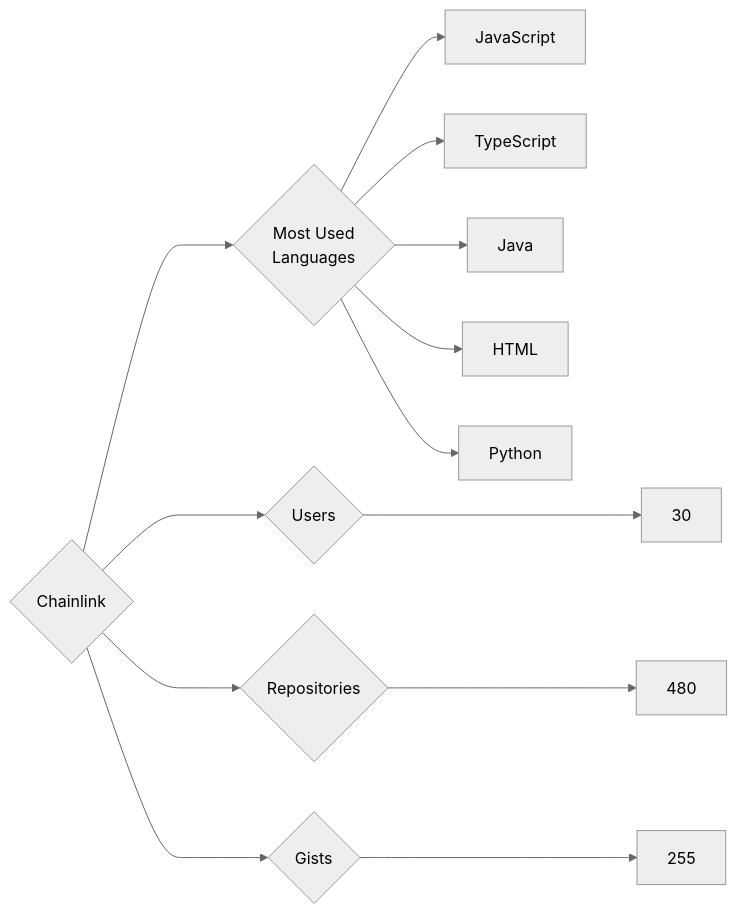
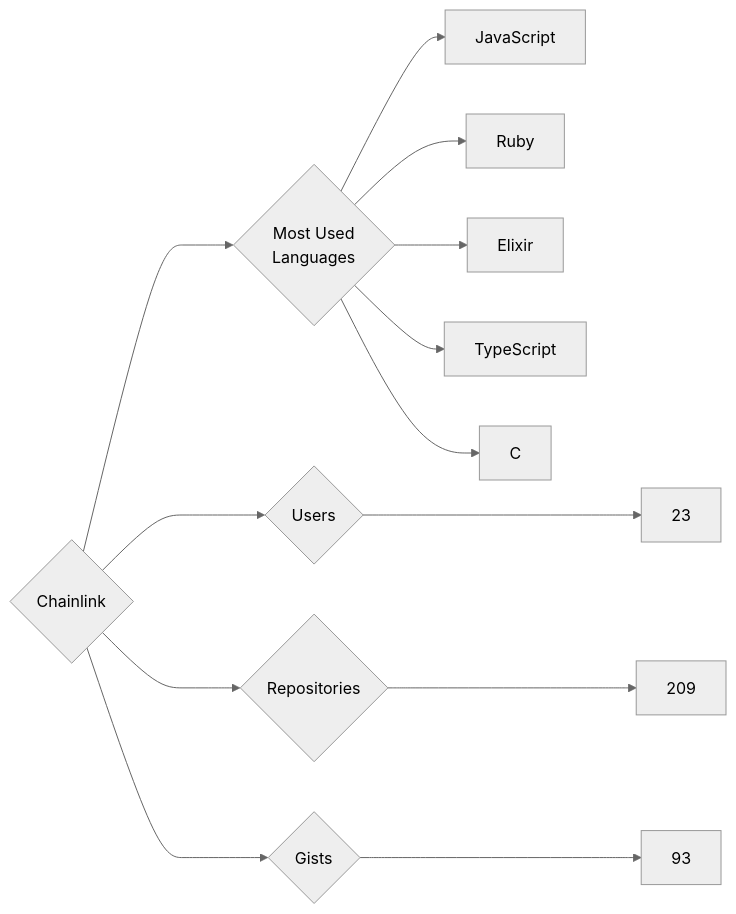
Before and after one commit to trickest/insiders: the diagram in targets/Chainlink/README.md, drawn with Mermaid (neutral theme). The commit also changed 927 other files, not shown here.

````diff
--- a/targets/Chainlink/README.md
+++ b/targets/Chainlink/README.md
@@ -3,13 +3,13 @@
 ```mermaid
 graph LR
 COMPANY_NAME{Chainlink}
-COMPANY_NAME ---> U{Users} ---> UN[30]
-COMPANY_NAME ---> R{Repositories} ---> RN[480]
-COMPANY_NAME ---> G{Gists} ---> GN[255]
+COMPANY_NAME ---> U{Users} ---> UN[23]
+COMPANY_NAME ---> R{Repositories} ---> RN[209]
+COMPANY_NAME ---> G{Gists} ---> GN[93]
 COMPANY_NAME ---> ML{Most Used<br>Languages}
 ML --> JavaScript[JavaScript]
+ML --> Ruby[Ruby]
+ML --> Elixir[Elixir]
 ML --> TypeScript[TypeScript]
-ML --> Java[Java]
-ML --> HTML[HTML]
-ML --> Python[Python]
+ML --> C[C]
 ```
````
